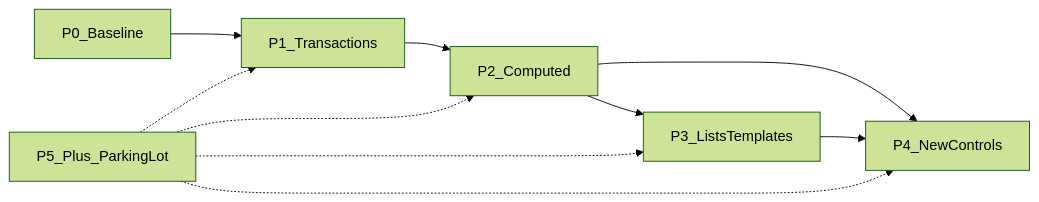
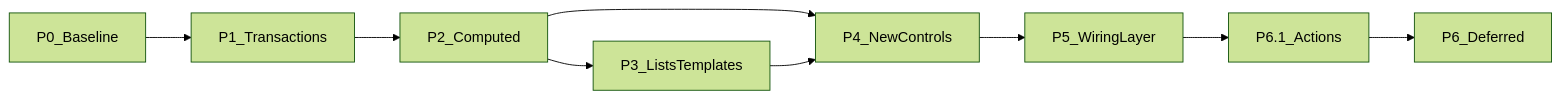
One commit to bioartgames/ui_react changed the diagram in addons/ui_react/docs/ROADMAP.md. Above: the diagram before and after it, drawn with Mermaid (forest theme). The commit also changed other lines of this file and 16 other files, not shown here.

Commit message:
Add actions layer

````diff
--- a/addons/ui_react/docs/ROADMAP.md
+++ b/addons/ui_react/docs/ROADMAP.md
@@ -50,16 +56,17 @@
 ```mermaid
 flowchart LR
   P0[P0_Baseline]
   P1[P1_Transactions]
   P2[P2_Computed]
   P3[P3_ListsTemplates]
   P4[P4_NewControls]
-  PL[P5_Plus_ParkingLot]
+  P5[P5_WiringLayer]
+  P61[P6.1_Actions]
+  P6[P6_Deferred]
   P0 --> P1 --> P2 --> P3
   P2 --> P4
   P3 --> P4
-  PL -.-> P1
-  PL -.-> P2
-  PL -.-> P3
-  PL -.-> P4
+  P4 --> P5
+  P5 --> P61
+  P61 --> P6
 ```
````
